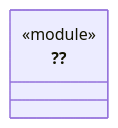
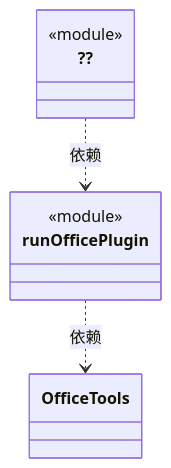
The diagram in src/bridge/server/desktop/ARCHITECTURE.md (nan023062/cbim), drawn with Mermaid before and after one commit. The commit also changed 24 other files, not shown here.

First line of the commit message:
chore: repair test ownership and architecture documentation

````diff
--- a/src/bridge/server/desktop/ARCHITECTURE.md
+++ b/src/bridge/server/desktop/ARCHITECTURE.md
@@ -35,7 +35,15 @@
 ```mermaid
 classDiagram
+class N_0e1acda5b0a0["runOfficePlugin"] {
+  <<module>>
+}
+click N_0e1acda5b0a0 href "office-plugin.ts"
 class N_df9963bd1fa6["??"] {
   <<module>>
 }
 click N_df9963bd1fa6 href "main.ts"
+class N_ec8e0fb3490d["OfficeTools"]
+click N_ec8e0fb3490d href "office-tools.ts"
+N_df9963bd1fa6 ..> N_0e1acda5b0a0 : 依赖
+N_0e1acda5b0a0 ..> N_ec8e0fb3490d : 依赖
 ```
````
